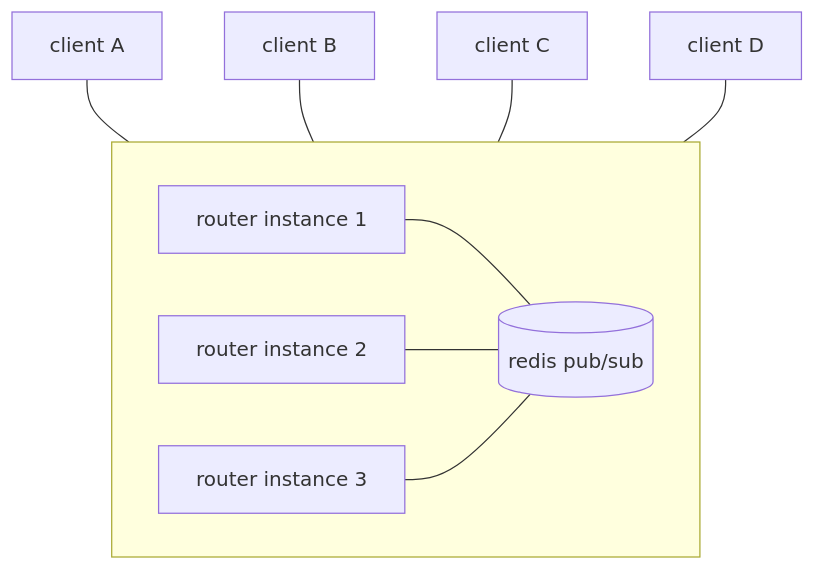
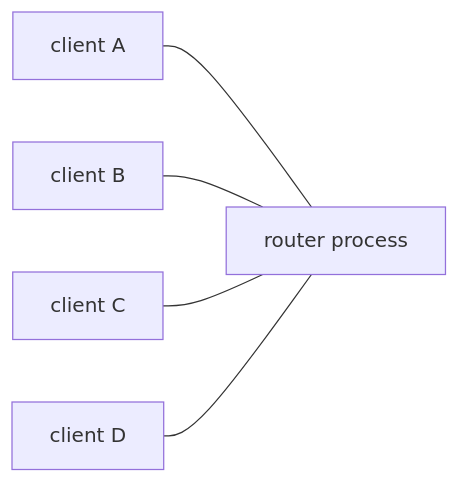
Before and after one commit to metapages/websocket-router: the diagram in docs/guide/architecture.md, drawn with Mermaid. The commit also changed other lines of this file and 91 other files, not shown here.

````diff
--- a/docs/guide/architecture.md
+++ b/docs/guide/architecture.md
@@ -8,18 +13,8 @@
 ```mermaid
-flowchart TB
-    ca["client A"] --- s1
-    cb["client B"] --- s1
-    cc["client C"] --- s2
-    cd["client D"] --- s3
-
-    subgraph cluster [" "]
-      direction LR
-      s1["router instance 1"]
-      s2["router instance 2"]
-      s3["router instance 3"]
-      redis[("redis pub/sub")]
-      s1 --- redis
-      s2 --- redis
-      s3 --- redis
-    end
+flowchart LR
+    ca["client A"] --- s
+    cb["client B"] --- s
+    cc["client C"] --- s
+    cd["client D"] --- s
+    s["router process"]
 ```
````
